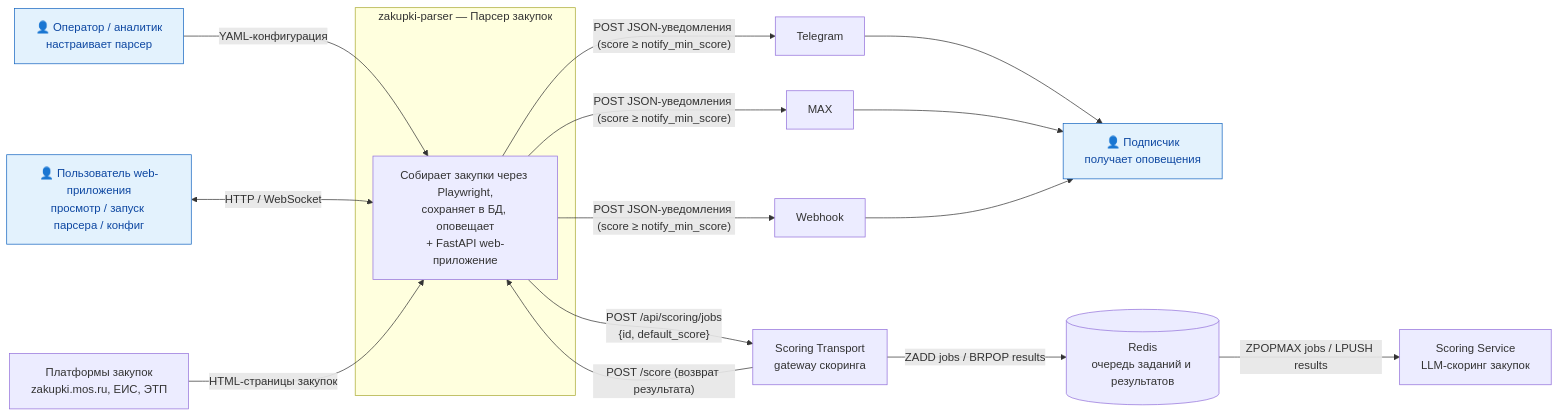
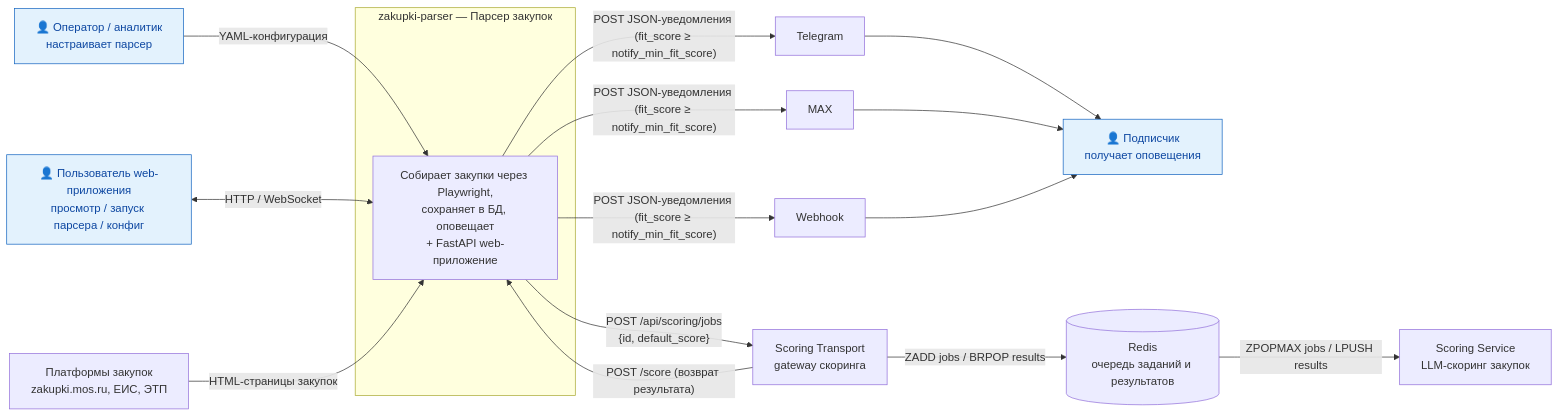
Before and after one commit to igorvolk1961/zakupki_parser: the diagram in docs/c4/context.md, drawn with Mermaid. The commit also changed other lines of this file and 11 other files, not shown here.

````diff
--- a/docs/c4/context.md
+++ b/docs/c4/context.md
@@ -5,36 +5,36 @@
 ```mermaid
 flowchart LR
     classDef actor fill:#e3f2fd,stroke:#1565c0,color:#0d47a1
 
     U["👤 Оператор / аналитик<br/>настраивает парсер"]
     S["👤 Подписчик<br/>получает оповещения"]
     W["👤 Пользователь web-приложения<br/>просмотр / запуск парсера / конфиг"]
 
     subgraph System["zakupki-parser — Парсер закупок"]
         P["Собирает закупки через Playwright,<br/>сохраняет в БД, оповещает<br/>+ FastAPI web-приложение"]
     end
 
     Z["Платформы закупок<br/>zakupki.mos.ru, ЕИС, ЭТП"]
     TR["Scoring Transport<br/>gateway скоринга"]
     RS[("Redis<br/>очередь заданий и результатов")]
     SG["Scoring Service<br/>LLM-скоринг закупок"]
     TG["Telegram"]
     MX["MAX"]
     WH["Webhook"]
 
     U -->|"YAML-конфигурация"| P
     W <-->|"HTTP / WebSocket"| P
     Z -->|"HTML-страницы закупок"| P
     P -->|"POST /api/scoring/jobs<br/>{id, default_score}"| TR
     TR -->|"ZADD jobs / BRPOP results"| RS
     RS -->|"ZPOPMAX jobs / LPUSH results"| SG
     TR -->|"POST /score (возврат результата)"| P
-    P -->|"POST JSON-уведомления (score ≥ notify_min_score)"| TG
-    P -->|"POST JSON-уведомления (score ≥ notify_min_score)"| MX
-    P -->|"POST JSON-уведомления (score ≥ notify_min_score)"| WH
+    P -->|"POST JSON-уведомления (fit_score ≥ notify_min_fit_score)"| TG
+    P -->|"POST JSON-уведомления (fit_score ≥ notify_min_fit_score)"| MX
+    P -->|"POST JSON-уведомления (fit_score ≥ notify_min_fit_score)"| WH
     TG --> S
     MX --> S
     WH --> S
 
     class U,S,W actor
 ```
````
